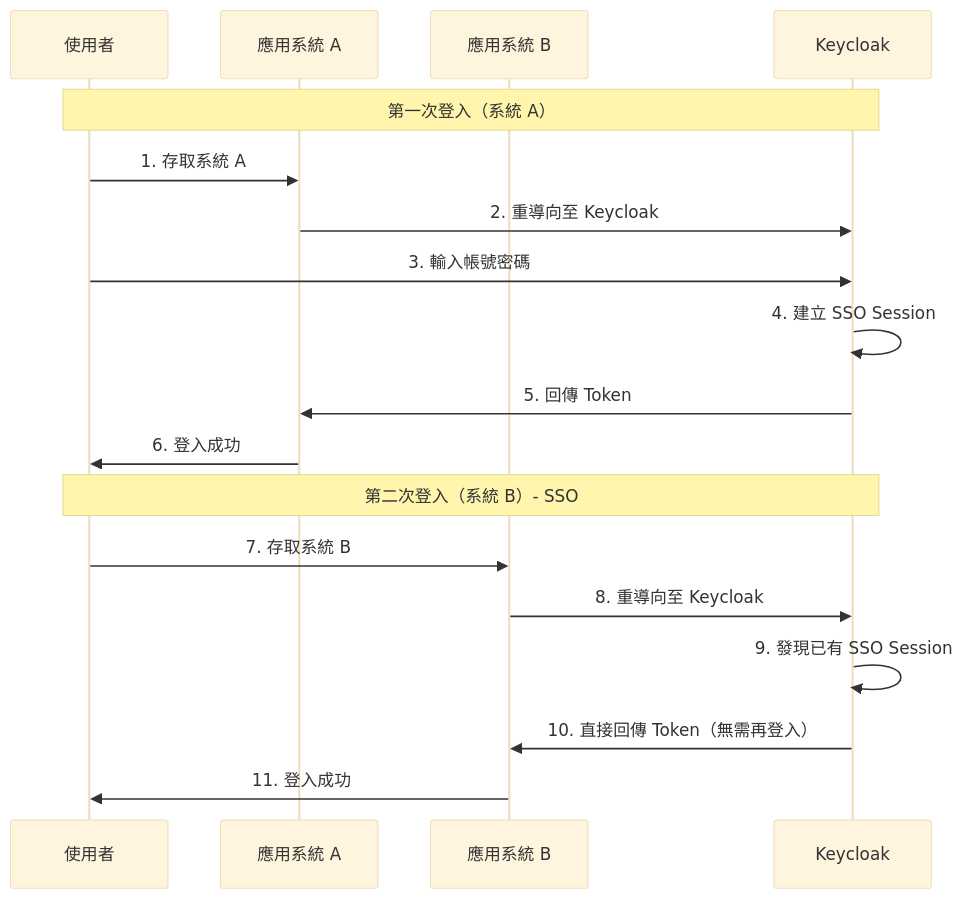
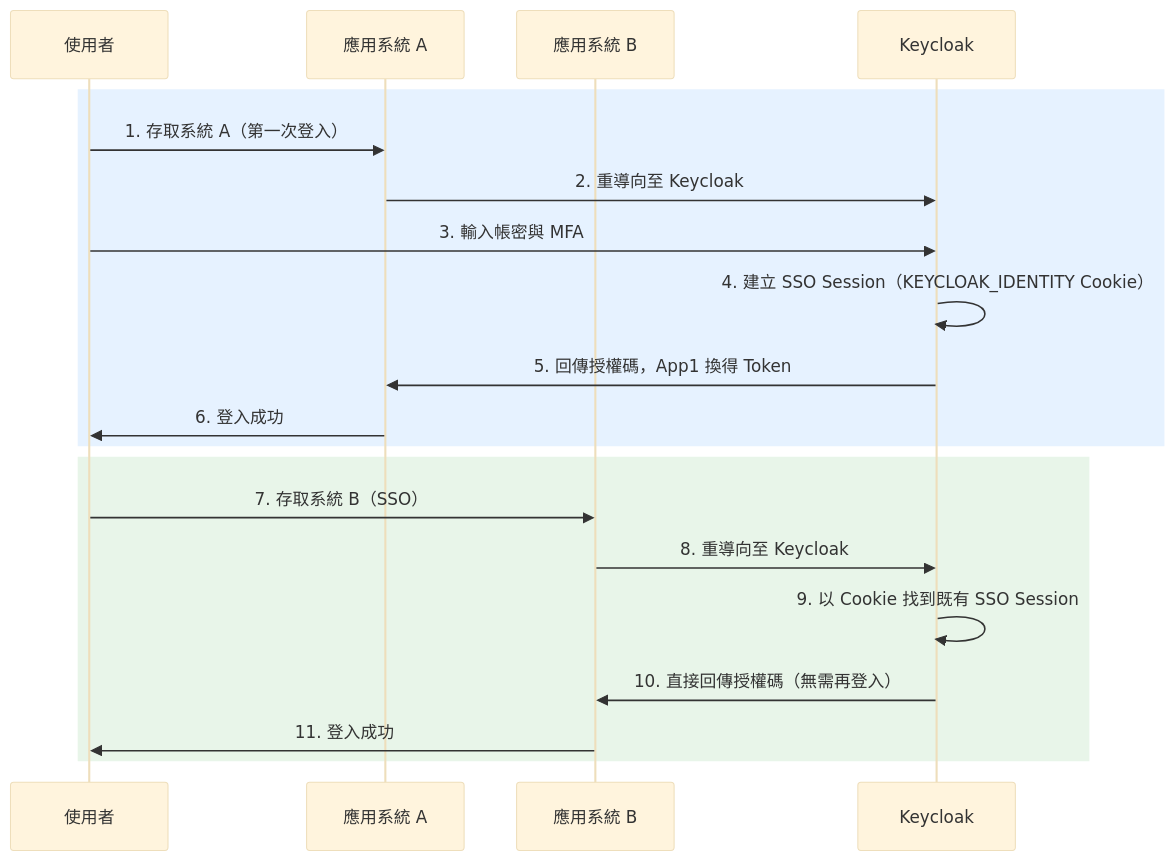
Before and after one commit to chihhung/Blog: diagram 13 of 19 in content/posts/教學/工具/Keycloak教學手冊.md, drawn with Mermaid (base theme). The commit also changed other lines of this file and 10 other files, not shown here.

````diff
--- a/content/posts/教學/工具/Keycloak教學手冊.md
+++ b/content/posts/教學/工具/Keycloak教學手冊.md
@@ -1434,22 +2826,24 @@
 ```mermaid
 sequenceDiagram
     participant U as 使用者
     participant App1 as 應用系統 A
     participant App2 as 應用系統 B
     participant KC as Keycloak
-    
-    Note over U,KC: 第一次登入（系統 A）
-    U->>App1: 1. 存取系統 A
+
+    rect rgb(230, 242, 255)
+    U->>App1: 1. 存取系統 A（第一次登入）
     App1->>KC: 2. 重導向至 Keycloak
-    U->>KC: 3. 輸入帳號密碼
-    KC->>KC: 4. 建立 SSO Session
-    KC->>App1: 5. 回傳 Token
+    U->>KC: 3. 輸入帳密與 MFA
+    KC->>KC: 4. 建立 SSO Session（KEYCLOAK_IDENTITY Cookie）
+    KC->>App1: 5. 回傳授權碼，App1 換得 Token
     App1->>U: 6. 登入成功
-    
-    Note over U,KC: 第二次登入（系統 B）- SSO
-    U->>App2: 7. 存取系統 B
+    end
+
+    rect rgb(232, 245, 233)
+    U->>App2: 7. 存取系統 B（SSO）
     App2->>KC: 8. 重導向至 Keycloak
-    KC->>KC: 9. 發現已有 SSO Session
-    KC->>App2: 10. 直接回傳 Token（無需再登入）
+    KC->>KC: 9. 以 Cookie 找到既有 SSO Session
+    KC->>App2: 10. 直接回傳授權碼（無需再登入）
     App2->>U: 11. 登入成功
+    end
 ```
````
